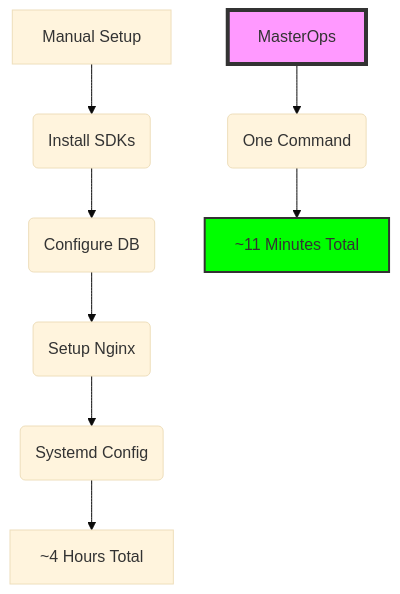
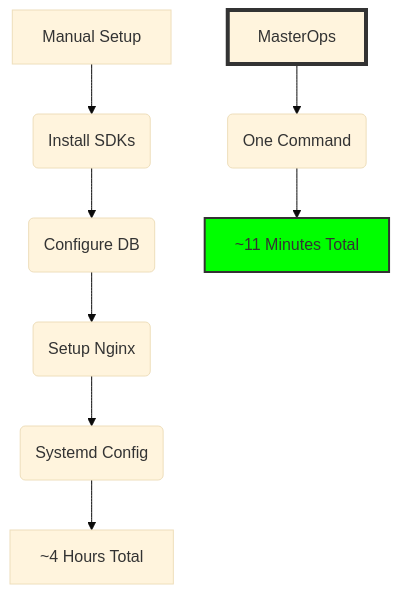
One commit to motarekdevops/DevOps-MasterOps changed the first of 2 diagrams in README.md. Above: the diagram before and after it, drawn with Mermaid (base theme).

Commit message:
Update style color for G in README diagram

````diff
--- a/README.md
+++ b/README.md
@@ -17,14 +17,14 @@
 ```mermaid
 graph TD
     A[Manual Setup] --> B(Install SDKs)
     B --> C(Configure DB)
     C --> D(Setup Nginx)
     D --> E(Systemd Config)
     E --> F[~4 Hours Total]
     
     G[MasterOps] --> H(One Command)
     H --> I[~11 Minutes Total]
     
-    style G fill:#f9f,stroke:#333,stroke-width:4px
+    style G fill:#f5,stroke:#333,stroke-width:4px
     style I fill:#00ff00,stroke:#333,stroke-width:2px
 ```
````
